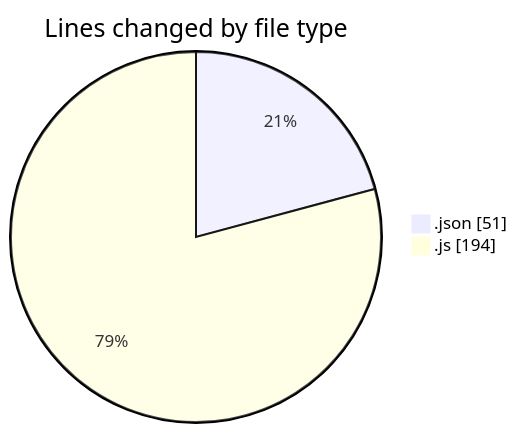
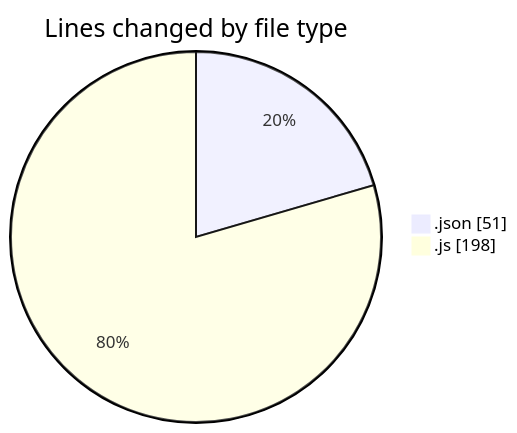
Before and after one commit to momahboobian/code-tracking: the first of 2 diagrams in 2025-10-08/cda/README.md, drawn with Mermaid. The commit also changed other lines of this file and 1 other file, not shown here.

````diff
--- a/2025-10-08/cda/README.md
+++ b/2025-10-08/cda/README.md
@@ -21,6 +21,6 @@
 ```mermaid
 pie showData
 title Lines changed by file type
 ".json" : 51
-".js" : 194
+".js" : 198
 ```
````
